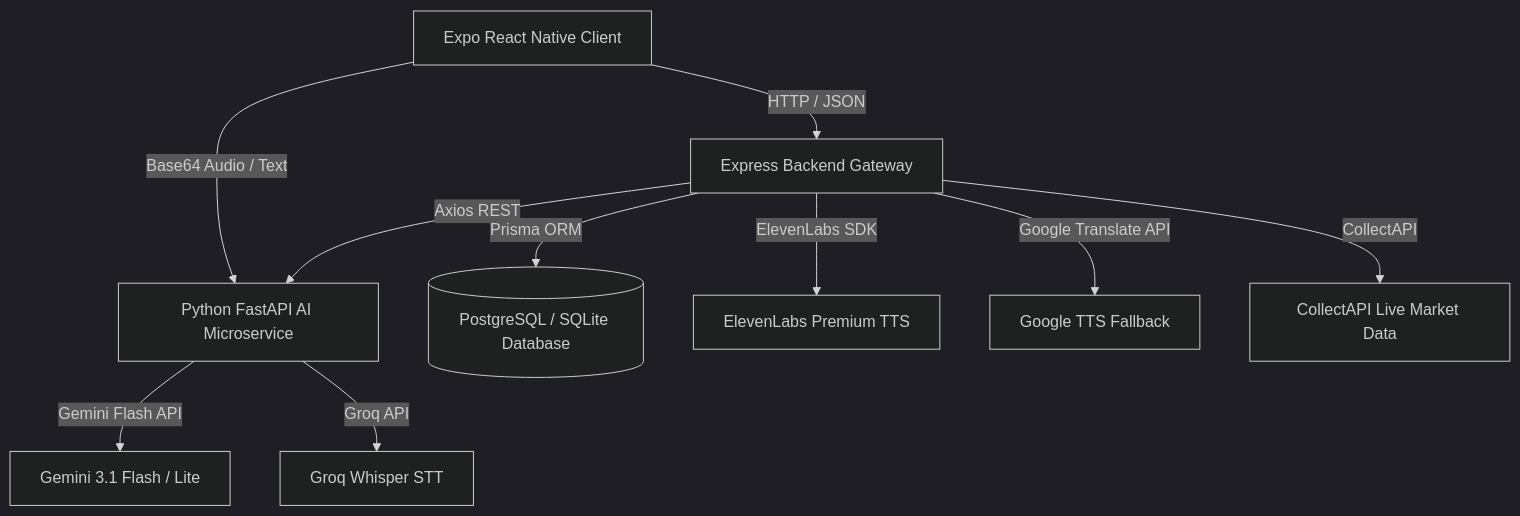
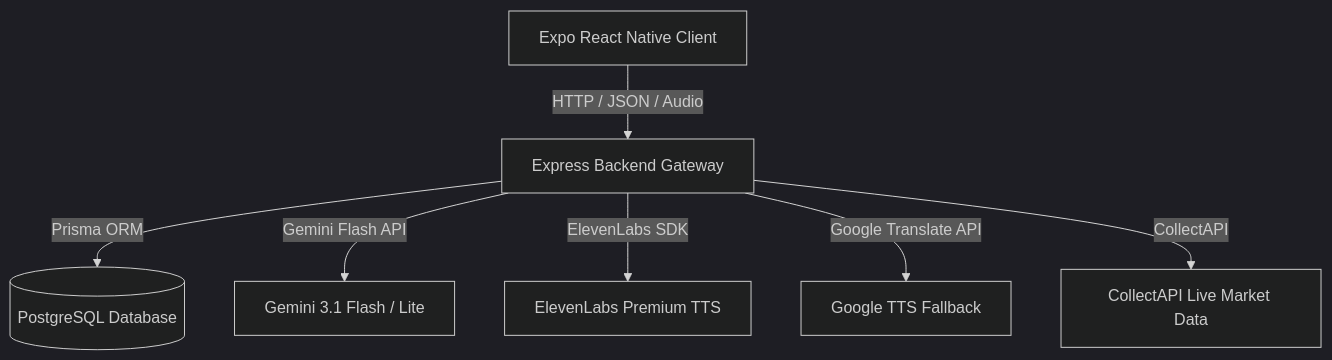
Before and after one commit to ilkcankopar/Dumut-Finance-App: the diagram in README.md, drawn with Mermaid (dark theme). The commit also changed other lines of this file and 1 other file, not shown here.

````diff
--- a/README.md
+++ b/README.md
@@ -61,14 +61,11 @@
 ```mermaid
 graph TD
-    Client[Expo React Native Client] -->|HTTP / JSON| Gateway[Express Backend Gateway]
-    Client -->|Base64 Audio / Text| AIService[Python FastAPI AI Microservice]
-    Gateway -->|Axios REST| AIService
-    Gateway -->|Prisma ORM| Database[(PostgreSQL / SQLite Database)]
+    Client[Expo React Native Client] -->|HTTP / JSON / Audio| Gateway[Express Backend Gateway]
+    Gateway -->|Prisma ORM| Database[(PostgreSQL Database)]
     
     %% Entegrasyonlar
-    AIService -->|Gemini Flash API| GeminiLLM[Gemini 3.1 Flash / Lite]
-    AIService -->|Groq API| GroqWhisper[Groq Whisper STT]
+    Gateway -->|Gemini Flash API| GeminiLLM[Gemini 3.1 Flash / Lite]
     Gateway -->|ElevenLabs SDK| ElevenLabs[ElevenLabs Premium TTS]
     Gateway -->|Google Translate API| GoogleTTS[Google TTS Fallback]
     Gateway -->|CollectAPI| CollectAPI[CollectAPI Live Market Data]
 ```
````
